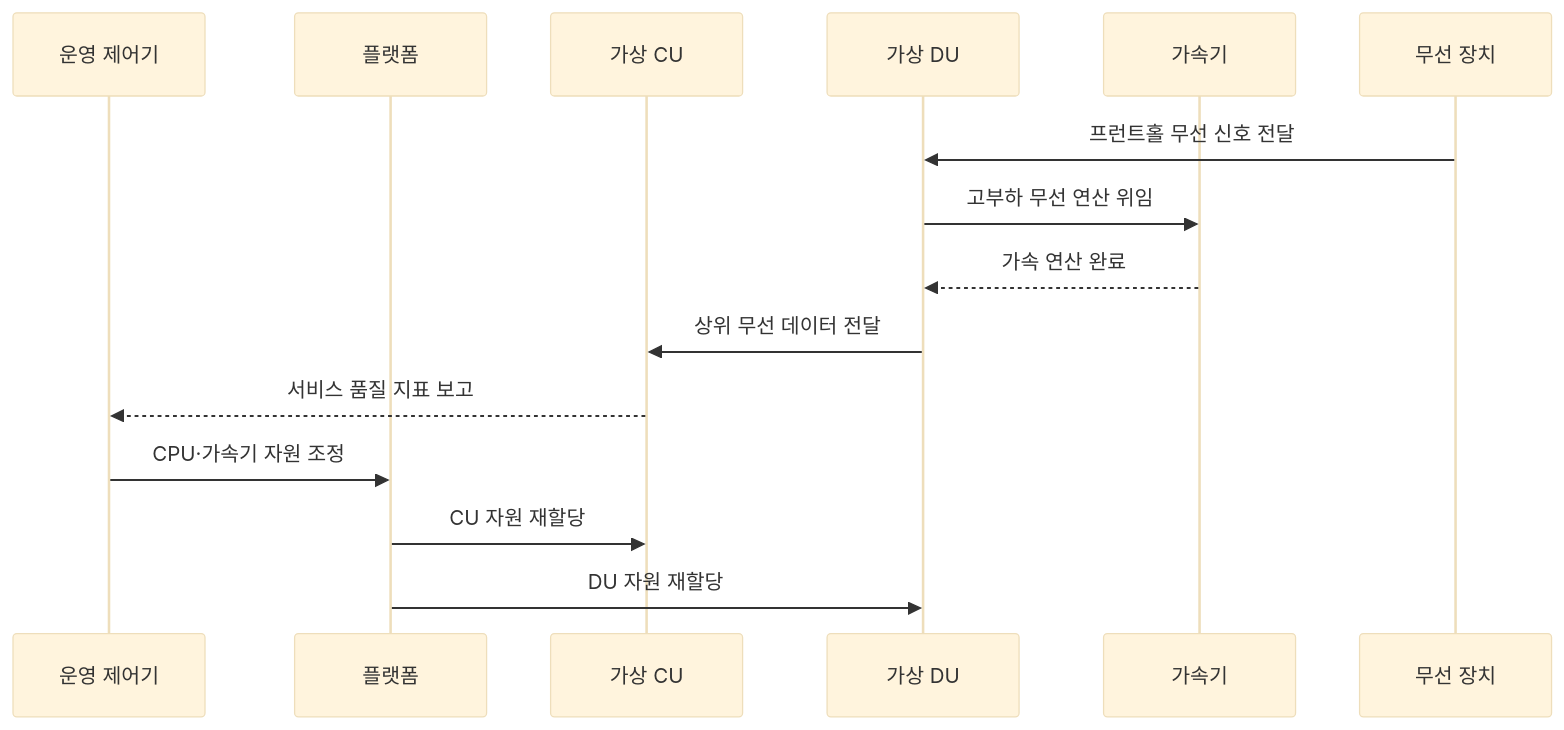
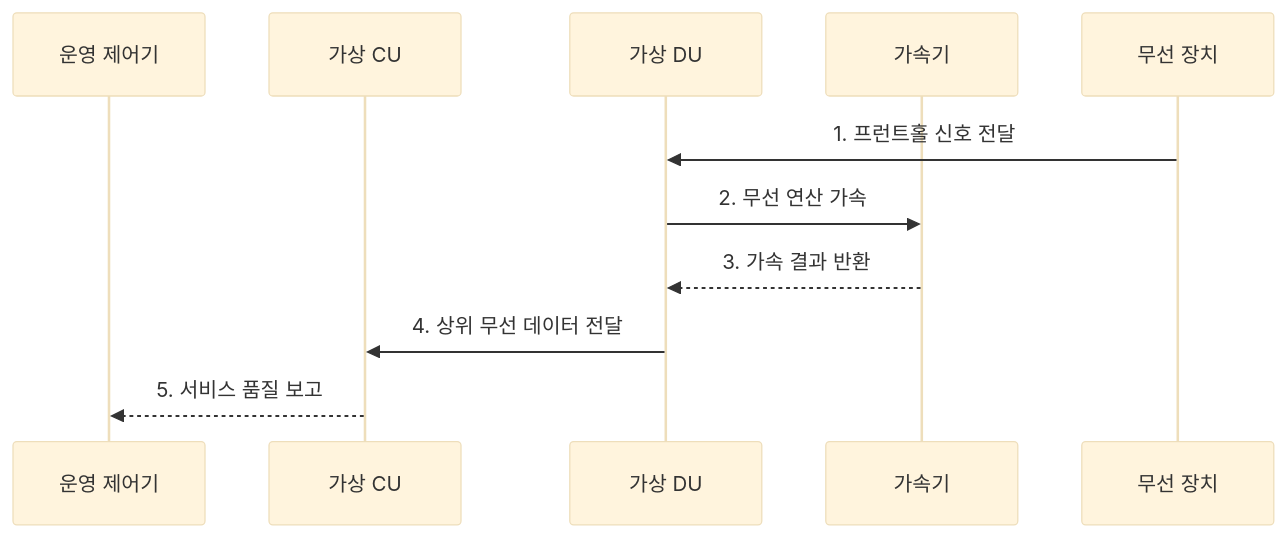
The second of 2 diagrams in src/content/docs/notes/04-network/112_virtual_ran.md (agnusdei1207/knowledge-base), drawn with Mermaid (base theme) before and after one commit. The commit also changed other lines of this file and 9 other files, not shown here.

````diff
--- a/src/content/docs/notes/04-network/112_virtual_ran.md
+++ b/src/content/docs/notes/04-network/112_virtual_ran.md
@@ -83,17 +80,13 @@
 ```mermaid
 sequenceDiagram
   participant O as 운영 제어기
-  participant P as 플랫폼
   participant C as 가상 CU
   participant D as 가상 DU
   participant A as 가속기
   participant R as 무선 장치
-  R->>D: 프런트홀 무선 신호 전달
-  D->>A: 고부하 무선 연산 위임
-  A-->>D: 가속 연산 완료
-  D->>C: 상위 무선 데이터 전달
-  C-->>O: 서비스 품질 지표 보고
-  O->>P: CPU·가속기 자원 조정
-  P->>C: CU 자원 재할당
-  P->>D: DU 자원 재할당
+  R->>D: 1. 프런트홀 신호 전달
+  D->>A: 2. 무선 연산 가속
+  A-->>D: 3. 가속 결과 반환
+  D->>C: 4. 상위 무선 데이터 전달
+  C-->>O: 5. 서비스 품질 보고
 ```
````
